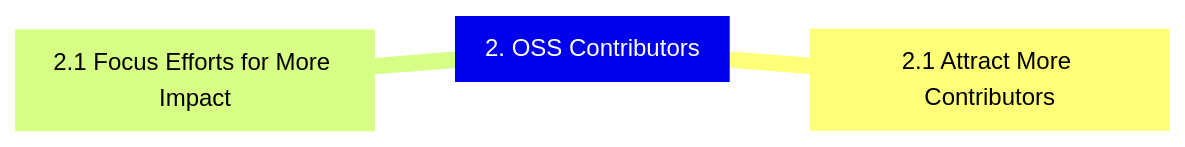
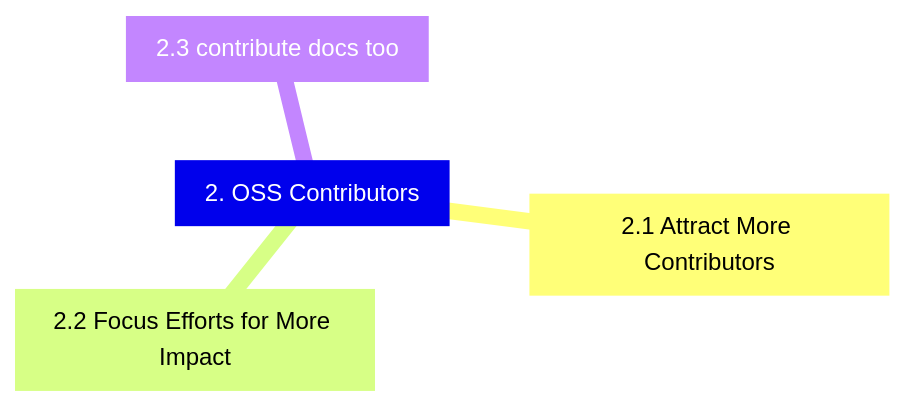
One commit to AWiderDotNET/home changed the second of 8 diagrams in README.md. Above: the diagram before and after it, drawn with Mermaid. The commit also changed other lines of this file, not shown here.

````diff
--- a/README.md
+++ b/README.md
@@ -75,6 +78,7 @@
 ```mermaid
 mindmap
   2[2. OSS Contributors]
     2.1[2.1 Attract More Contributors]
-    2.2[2.1 Focus Efforts for More Impact]
+    2.2[2.2 Focus Efforts for More Impact]
+    2.3[2.3 contribute docs too]
 ```
````
